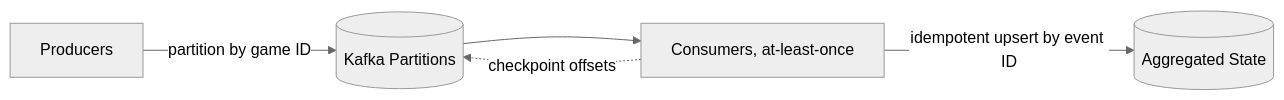
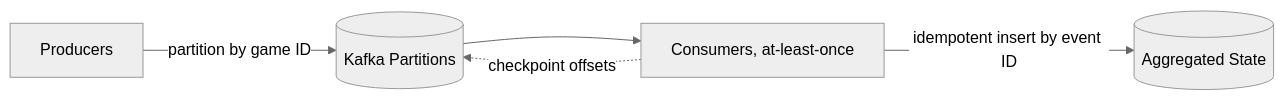
The eighth of 10 diagrams in content/interview/interview-prep-system-design-case-studies.md (josuebrunel/josuebrunel.github.io), drawn with Mermaid (neutral theme) before and after one commit. The commit also changed other lines of this file and 2 other files, not shown here.

````diff
--- a/content/interview/interview-prep-system-design-case-studies.md
+++ b/content/interview/interview-prep-system-design-case-studies.md
@@ -592,7 +677,7 @@
 ```mermaid
 graph LR
     Producers -->|partition by game ID| Kafka[(Kafka Partitions)]
     Kafka --> Consumers["Consumers, at-least-once"]
-    Consumers -->|idempotent upsert by event ID| State[(Aggregated State)]
+    Consumers -->|idempotent insert by event ID| State[(Aggregated State)]
     Consumers -. checkpoint offsets .-> Kafka
 ```
````
